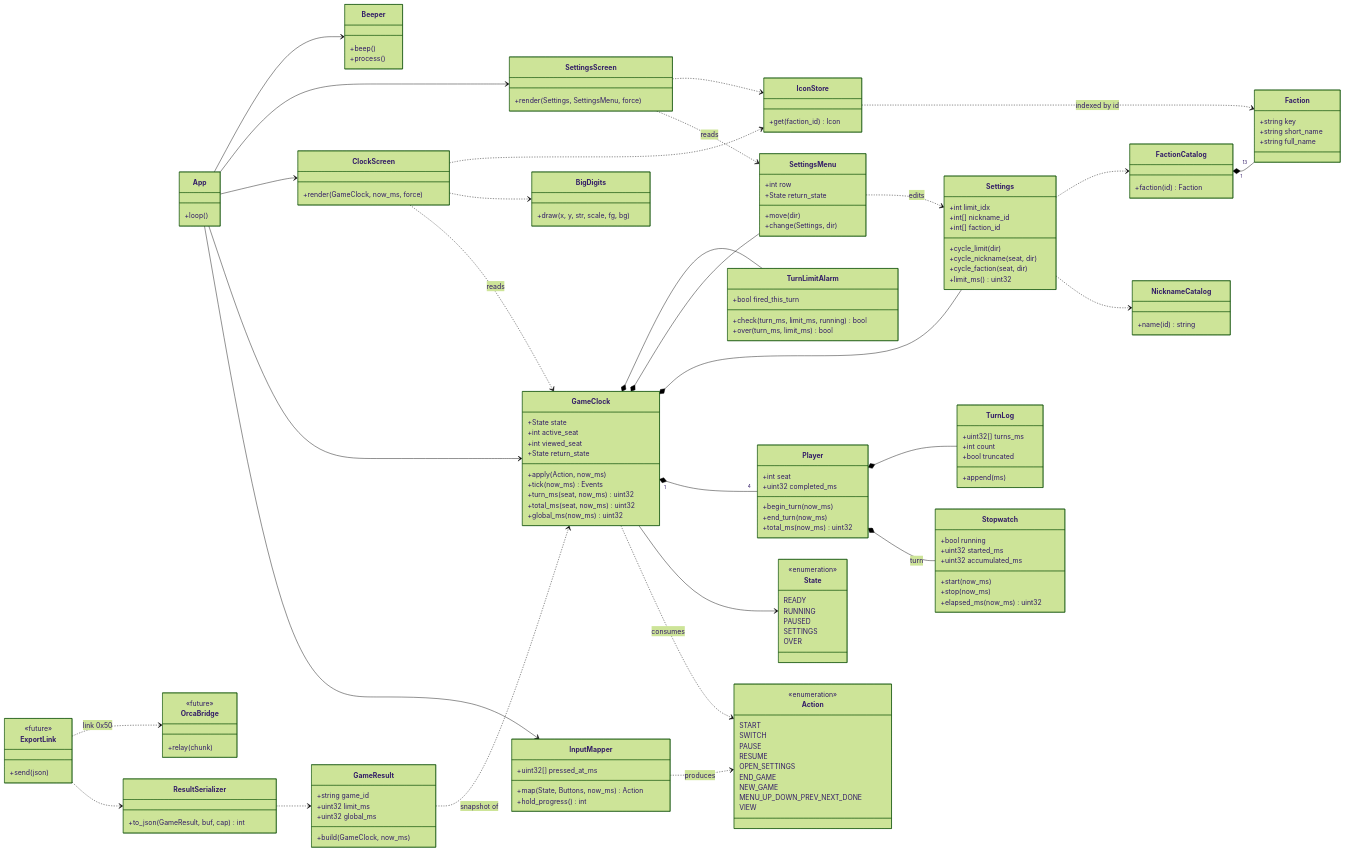
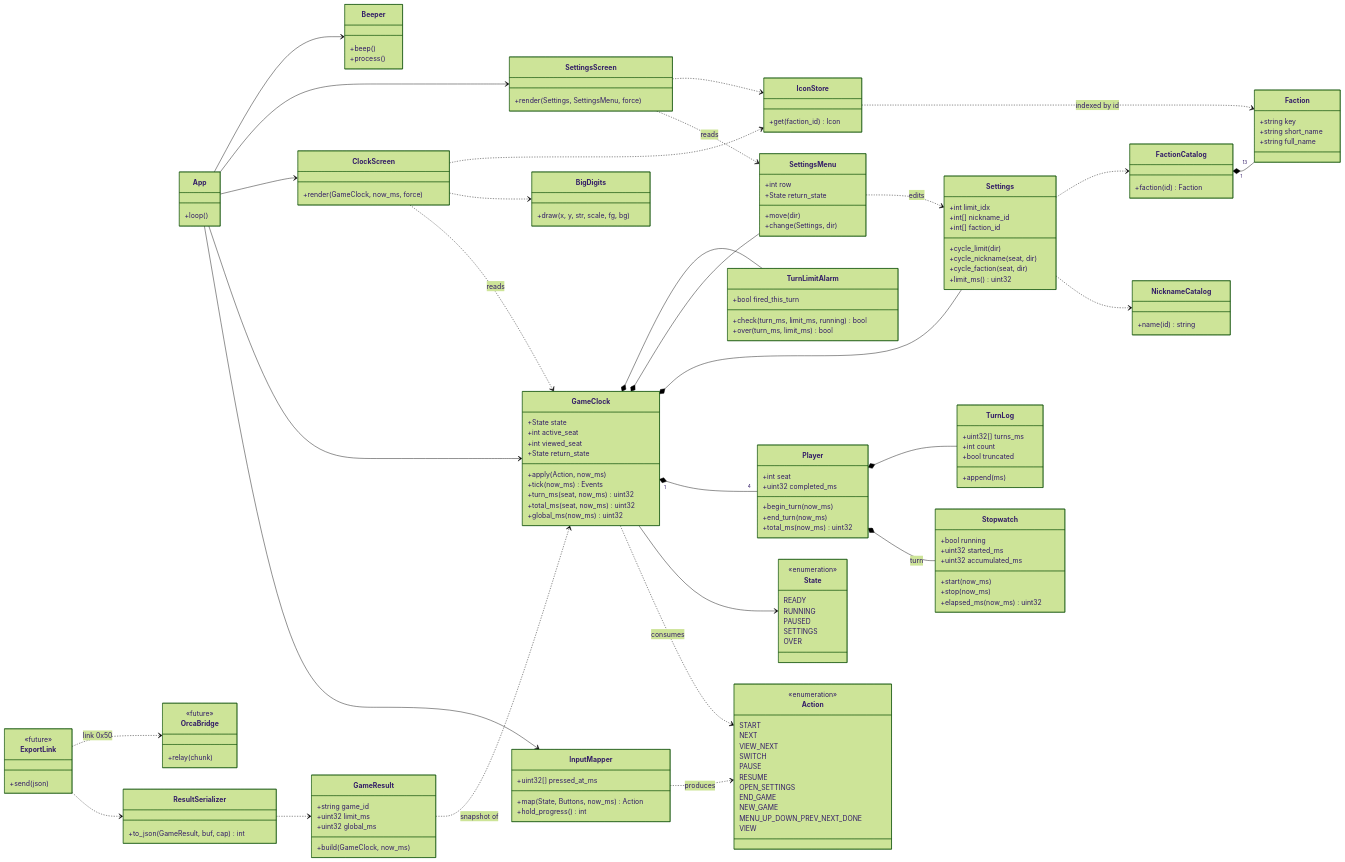
Before and after one commit to alessandrofelici/hardware-playground: the first of 2 diagrams in documents/03-object-model.md, drawn with Mermaid (forest theme). The commit also changed other lines of this file and 21 other files, not shown here.

```diff
--- a/documents/03-object-model.md
+++ b/documents/03-object-model.md
@@ -156,6 +156,8 @@
     class Action {
         <<enumeration>>
         START
+        NEXT
+        VIEW_NEXT
         SWITCH
         PAUSE
         RESUME
```
